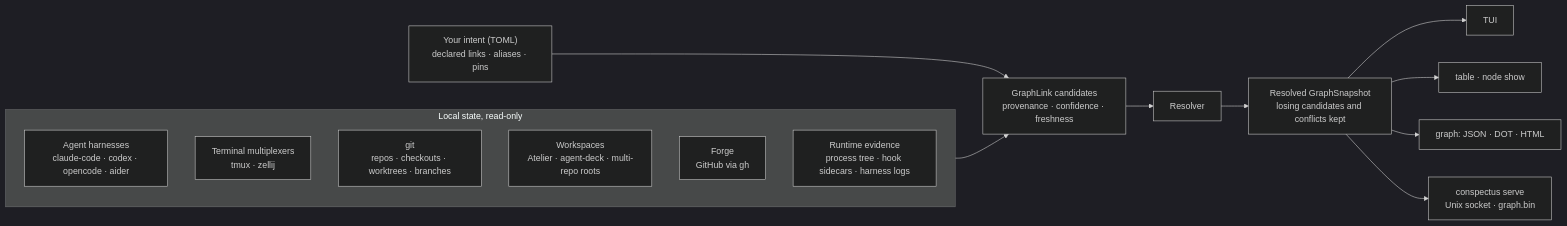
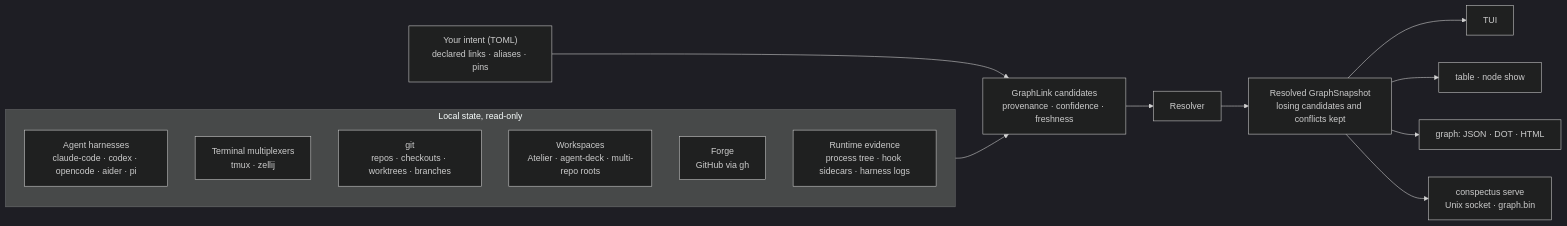
One commit to malloc47/conspectus changed the diagram in README.md. Above: the diagram before and after it, drawn with Mermaid (dark theme). The commit also changed other lines of this file and 3 other files, not shown here.

````diff
--- a/README.md
+++ b/README.md
@@ -211,20 +211,20 @@
 ```mermaid
 flowchart LR
   subgraph S["Local state, read-only"]
-    H["Agent harnesses<br/>claude-code · codex · opencode · aider"]
+    H["Agent harnesses<br/>claude-code · codex · opencode · aider · pi"]
     M["Terminal multiplexers<br/>tmux · zellij"]
     G["git<br/>repos · checkouts · worktrees · branches"]
     W["Workspaces<br/>Atelier · agent-deck · multi-repo roots"]
     F["Forge<br/>GitHub via gh"]
     P["Runtime evidence<br/>process tree · hook sidecars · harness logs"]
   end
   U["Your intent (TOML)<br/>declared links · aliases · pins"]
   S --> C["GraphLink candidates<br/>provenance · confidence · freshness"]
   U --> C
   C --> R["Resolver"]
   R --> N["Resolved GraphSnapshot<br/>losing candidates and conflicts kept"]
   N --> TUI["TUI"]
   N --> T["table · node show"]
   N --> X["graph: JSON · DOT · HTML"]
   N --> D["conspectus serve<br/>Unix socket · graph.bin"]
 ```
````
